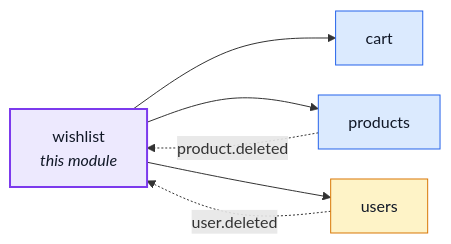
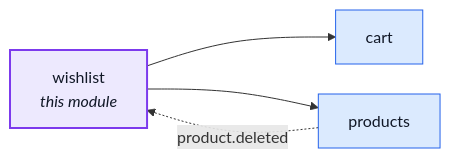
The first of 2 diagrams in docs/modules/wishlist.md (Guebbit/boilerplate-node-backend), drawn with Mermaid before and after one commit. The commit also changed 38 other files, not shown here.

````diff
--- a/docs/modules/wishlist.md
+++ b/docs/modules/wishlist.md
@@ -16,22 +16,18 @@
 ```mermaid
 %%{init: {'flowchart': {'nodeSpacing': 30, 'rankSpacing': 60}}}%%
 flowchart LR
     wishlist["wishlist<br/><i>this module</i>"]
     cart["cart"]
     products["products"]
-    users["users"]
 
     wishlist --> cart
     wishlist --> products
-    wishlist --> users
     products -. "product.deleted" .-> wishlist
-    users -. "user.deleted" .-> wishlist
 
     classDef core fill:#dbeafe,stroke:#2563eb,color:#111827;
     classDef supporting fill:#fef3c7,stroke:#d97706,color:#111827;
     classDef generic fill:#dcfce7,stroke:#16a34a,color:#111827;
     classDef centre fill:#ede9fe,stroke:#7c3aed,stroke-width:2px,color:#111827;
     class cart,products core;
-    class users supporting;
     class wishlist centre;
 ```
````
